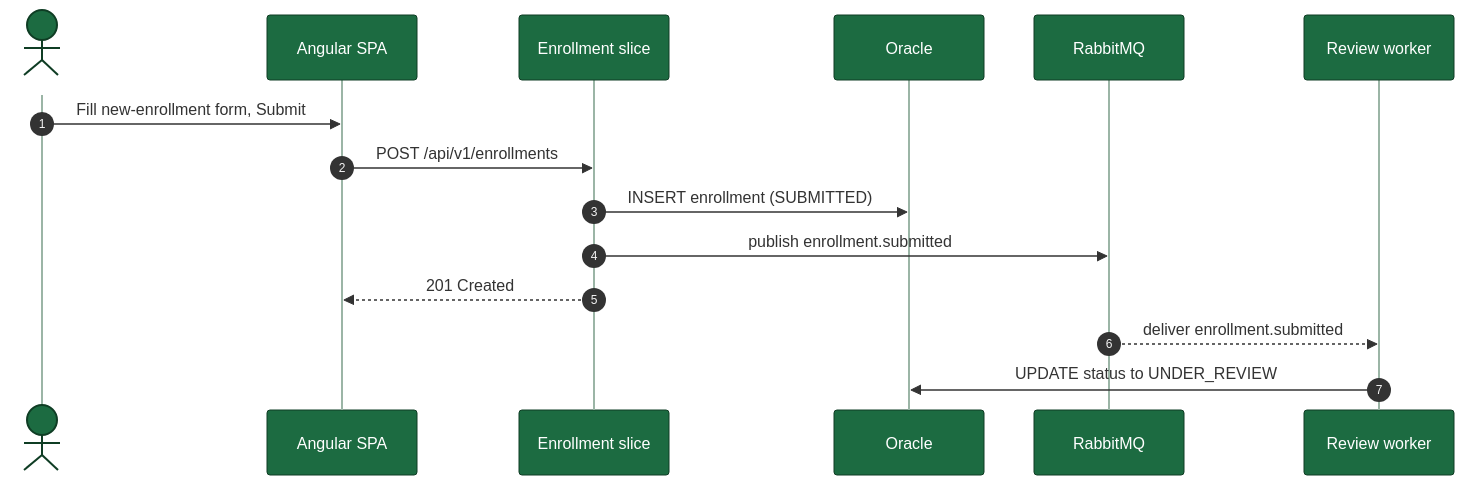
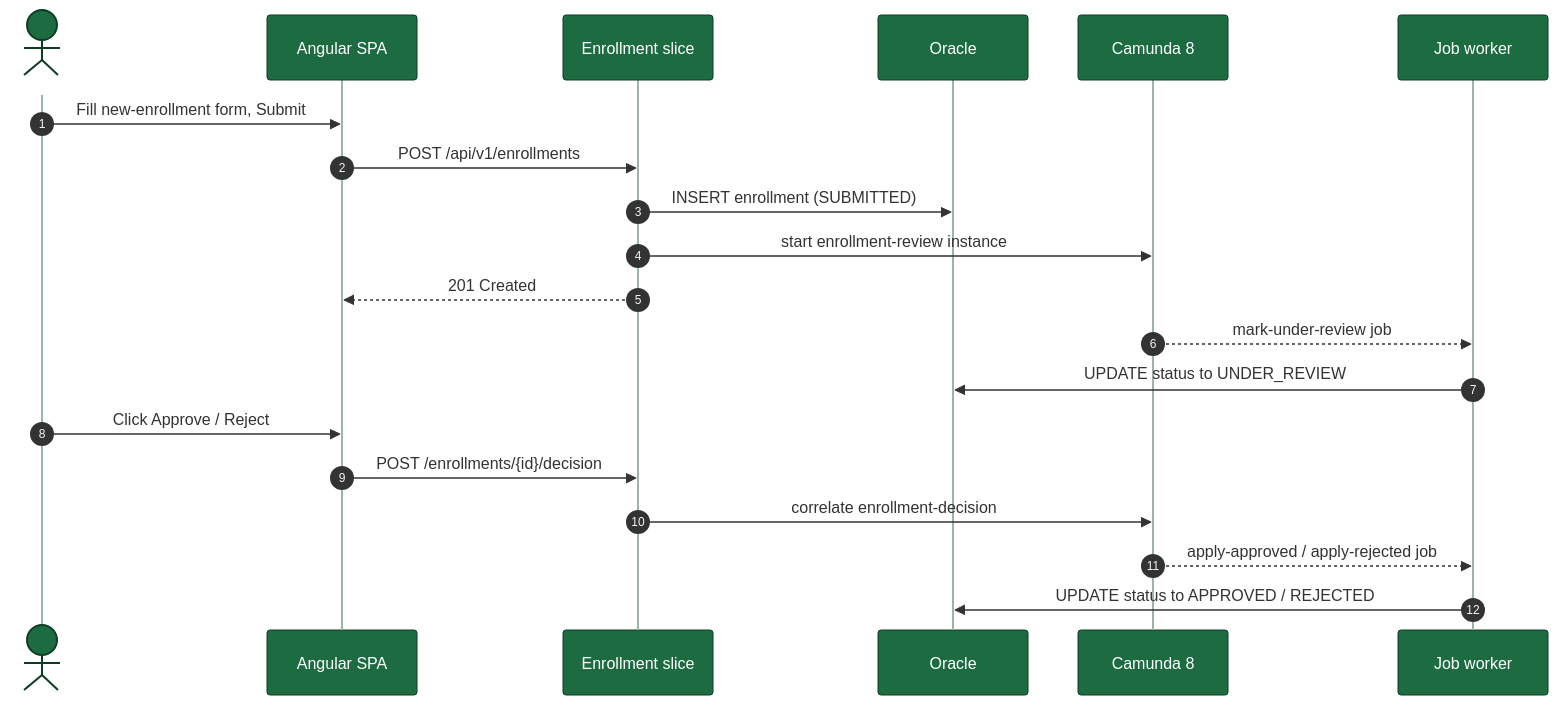
One commit to Anas-Lees/nrs-enrollment-lookup changed the third of 3 diagrams in README.md. Above: the diagram before and after it, drawn with Mermaid. The commit also changed other lines of this file and 9 other files, not shown here.

First line of the commit message:
feat(web): approve/reject actions on the enrollment queue

````diff
--- a/README.md
+++ b/README.md
@@ -159,18 +164,23 @@
 ```mermaid
 %%{init: {"theme":"base","themeVariables":{"actorBkg":"#1c6b41","actorBorder":"#0f3d24","actorTextColor":"#ffffff","actorLineColor":"#9bb5a6"}}}%%
 sequenceDiagram
   autonumber
   actor O as Operator
   participant S as Angular SPA
   participant E as Enrollment slice
   participant DB as Oracle
-  participant Q as RabbitMQ
-  participant W as Review worker
+  participant C as Camunda 8
+  participant W as Job worker
   O->>S: Fill new-enrollment form, Submit
   S->>E: POST /api/v1/enrollments
   E->>DB: INSERT enrollment (SUBMITTED)
-  E->>Q: publish enrollment.submitted
+  E->>C: start enrollment-review instance
   E-->>S: 201 Created
-  Q-->>W: deliver enrollment.submitted
+  C-->>W: mark-under-review job
   W->>DB: UPDATE status to UNDER_REVIEW
+  O->>S: Click Approve / Reject
+  S->>E: POST /enrollments/{id}/decision
+  E->>C: correlate enrollment-decision
+  C-->>W: apply-approved / apply-rejected job
+  W->>DB: UPDATE status to APPROVED / REJECTED
 ```
````
